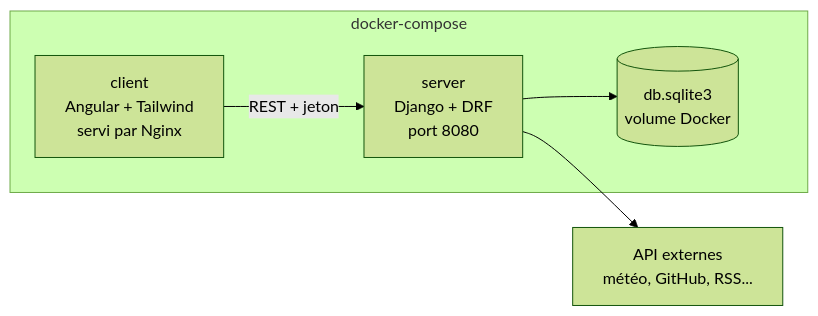
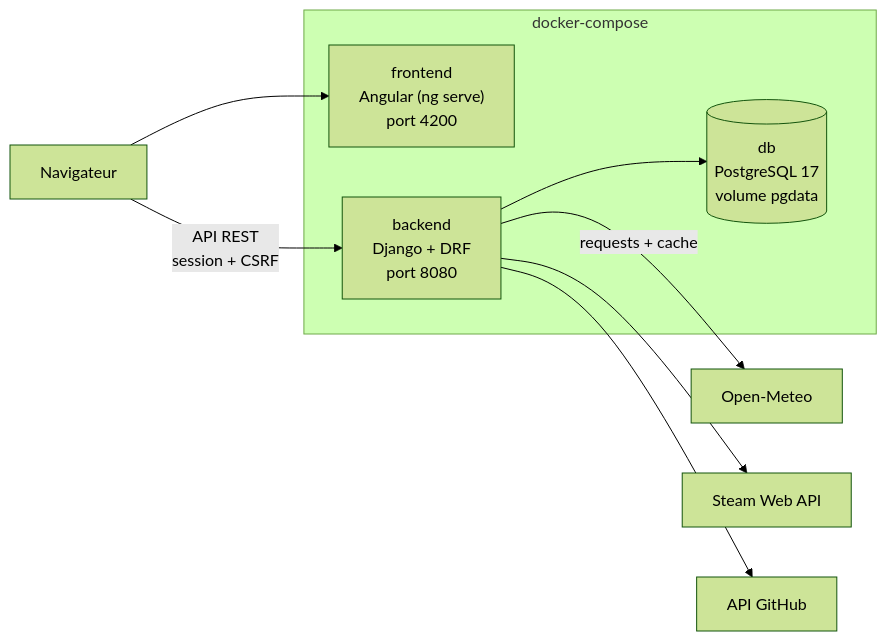
The first of 3 diagrams in ARCHITECTURE.md (pierre54200/Dashboard), drawn with Mermaid (forest theme) before and after one commit. The commit also changed other lines of this file and 1 other file, not shown here.

````diff
--- a/ARCHITECTURE.md
+++ b/ARCHITECTURE.md
@@ -3,12 +18,14 @@
 ```mermaid
 flowchart LR
-    subgraph compose[docker-compose]
-        client["client<br/>Angular + Tailwind<br/>servi par Nginx"]
-        server["server<br/>Django + DRF<br/>port 8080"]
-        db[("db.sqlite3<br/>volume Docker")]
+    subgraph compose["docker-compose"]
+        front["frontend<br/>Angular (ng serve)<br/>port 4200"]
+        back["backend<br/>Django + DRF<br/>port 8080"]
+        db[("db<br/>PostgreSQL 17<br/>volume pgdata")]
     end
-    ext["API externes<br/>météo, GitHub, RSS..."]
-    client -- "REST + jeton" --> server
-    server --> db
-    server --> ext
+    user["Navigateur"] --> front
+    user -- "API REST<br/>session + CSRF" --> back
+    back --> db
+    back -- "requests + cache" --> meteo["Open-Meteo"]
+    back --> steam["Steam Web API"]
+    back --> github["API GitHub"]
 ```
````
